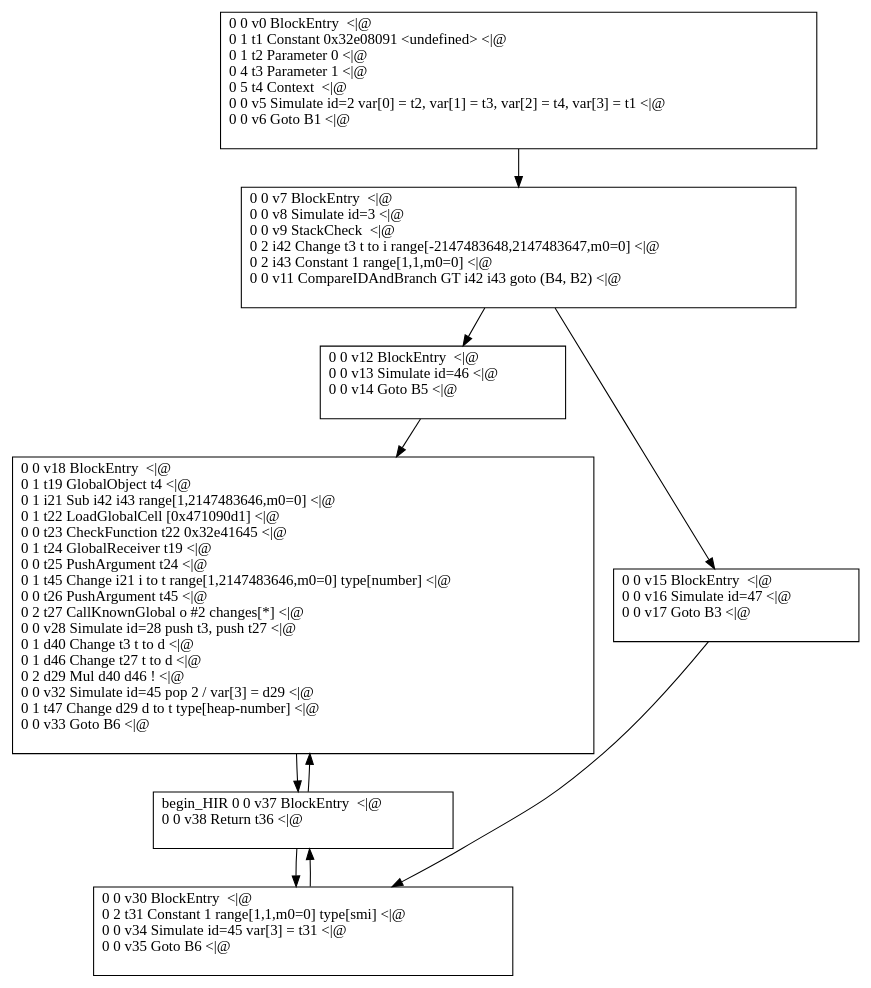
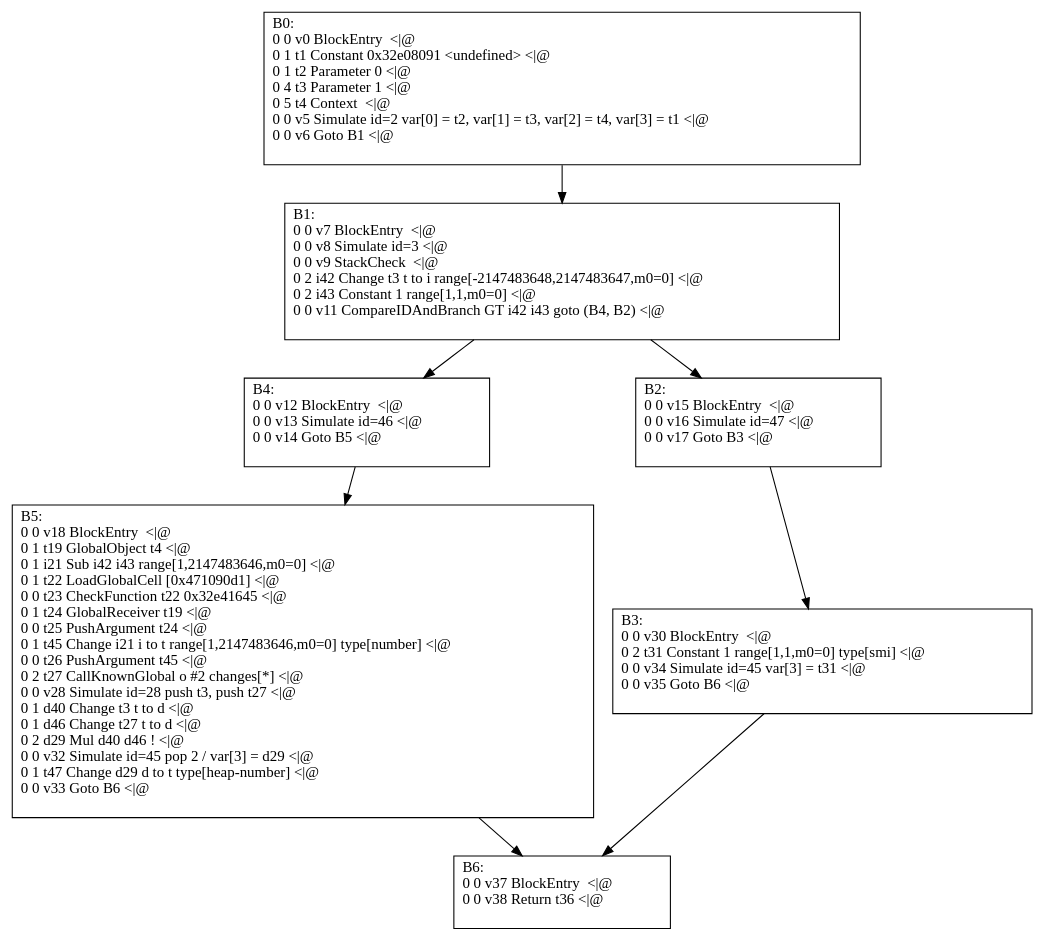
Before and after one commit to nothingcosmos/V8Crankshaft: the first of 2 diagrams in src/blog.rst, drawn with Graphviz. The commit also changed other lines of this file and 4 other files, not shown here.

```diff
--- a/src/blog.rst
+++ b/src/blog.rst
@@ -488,28 +507,25 @@
 .. graphviz::
 
-  digraph factFor {
+  digraph factIf {
 
-  B0 [shape=box, label=" 0 0 v0 BlockEntry  <|@ \l 0 1 t1 Constant 0x32e08091 <undefined> <|@ \l 0 1 t2 Parameter 0 <|@ \l 0 4 t3 Parameter 1 <|@ \l 0 5 t4 Context  <|@ \l 0 0 v5 Simulate id=2 var[0] = t2, var[1] = t3, var[2] = t4, var[3] = t1 <|@ \l 0 0 v6 Goto B1 <|@ \l "];
+  B0 [shape=box, label="B0:\l 0 0 v0 BlockEntry  <|@ \l 0 1 t1 Constant 0x32e08091 <undefined> <|@ \l 0 1 t2 Parameter 0 <|@ \l 0 4 t3 Parameter 1 <|@ \l 0 5 t4 Context  <|@ \l 0 0 v5 Simulate id=2 var[0] = t2, var[1] = t3, var[2] = t4, var[3] = t1 <|@ \l 0 0 v6 Goto B1 <|@ \l "];
   B0 -> B1;
 
-  B1 [shape=box, label=" 0 0 v7 BlockEntry  <|@ \l 0 0 v8 Simulate id=3 <|@ \l 0 0 v9 StackCheck  <|@ \l 0 2 i42 Change t3 t to i range[-2147483648,2147483647,m0=0] <|@ \l 0 2 i43 Constant 1 range[1,1,m0=0] <|@ \l 0 0 v11 CompareIDAndBranch GT i42 i43 goto (B4, B2) <|@ \l "];
+  B1 [shape=box, label="B1:\l 0 0 v7 BlockEntry  <|@ \l 0 0 v8 Simulate id=3 <|@ \l 0 0 v9 StackCheck  <|@ \l 0 2 i42 Change t3 t to i range[-2147483648,2147483647,m0=0] <|@ \l 0 2 i43 Constant 1 range[1,1,m0=0] <|@ \l 0 0 v11 CompareIDAndBranch GT i42 i43 goto (B4, B2) <|@ \l "];
   B1 -> B4;
   B1 -> B2;
 
-  B2 [shape=box, label=" 0 0 v15 BlockEntry  <|@ \l 0 0 v16 Simulate id=47 <|@ \l 0 0 v17 Goto B3 <|@ \l "];
+  B2 [shape=box, label="B2:\l 0 0 v15 BlockEntry  <|@ \l 0 0 v16 Simulate id=47 <|@ \l 0 0 v17 Goto B3 <|@ \l "];
   B2 -> B3;
 
-  B3 [shape=box, label=" 0 0 v30 BlockEntry  <|@ \l 0 2 t31 Constant 1 range[1,1,m0=0] type[smi] <|@ \l 0 0 v34 Simulate id=45 var[3] = t31 <|@ \l 0 0 v35 Goto B6 <|@ \l "];
+  B3 [shape=box, label="B3:\l 0 0 v30 BlockEntry  <|@ \l 0 2 t31 Constant 1 range[1,1,m0=0] type[smi] <|@ \l 0 0 v34 Simulate id=45 var[3] = t31 <|@ \l 0 0 v35 Goto B6 <|@ \l "];
   B3 -> B6;
 
-  B4 [shape=box, label=" 0 0 v12 BlockEntry  <|@ \l 0 0 v13 Simulate id=46 <|@ \l 0 0 v14 Goto B5 <|@ \l "];
+  B4 [shape=box, label="B4:\l 0 0 v12 BlockEntry  <|@ \l 0 0 v13 Simulate id=46 <|@ \l 0 0 v14 Goto B5 <|@ \l "];
   B4 -> B5;
 
-  B5 [shape=box, label=" 0 0 v18 BlockEntry  <|@ \l 0 1 t19 GlobalObject t4 <|@ \l 0 1 i21 Sub i42 i43 range[1,2147483646,m0=0] <|@ \l 0 1 t22 LoadGlobalCell [0x471090d1] <|@ \l 0 0 t23 CheckFunction t22 0x32e41645 <|@ \l 0 1 t24 GlobalReceiver t19 <|@ \l 0 0 t25 PushArgument t24 <|@ \l 0 1 t45 Change i21 i to t range[1,2147483646,m0=0] type[number] <|@ \l 0 0 t26 PushArgument t45 <|@ \l 0 2 t27 CallKnownGlobal o #2 changes[*] <|@ \l 0 0 v28 Simulate id=28 push t3, push t27 <|@ \l 0 1 d40 Change t3 t to d <|@ \l 0 1 d46 Change t27 t to d <|@ \l 0 2 d29 Mul d40 d46 ! <|@ \l 0 0 v32 Simulate id=45 pop 2 / var[3] = d29 <|@ \l 0 1 t47 Change d29 d to t type[heap-number] <|@ \l 0 0 v33 Goto B6 <|@ \l "];
+  B5 [shape=box, label="B5:\l 0 0 v18 BlockEntry  <|@ \l 0 1 t19 GlobalObject t4 <|@ \l 0 1 i21 Sub i42 i43 range[1,2147483646,m0=0] <|@ \l 0 1 t22 LoadGlobalCell [0x471090d1] <|@ \l 0 0 t23 CheckFunction t22 0x32e41645 <|@ \l 0 1 t24 GlobalReceiver t19 <|@ \l 0 0 t25 PushArgument t24 <|@ \l 0 1 t45 Change i21 i to t range[1,2147483646,m0=0] type[number] <|@ \l 0 0 t26 PushArgument t45 <|@ \l 0 2 t27 CallKnownGlobal o #2 changes[*] <|@ \l 0 0 v28 Simulate id=28 push t3, push t27 <|@ \l 0 1 d40 Change t3 t to d <|@ \l 0 1 d46 Change t27 t to d <|@ \l 0 2 d29 Mul d40 d46 ! <|@ \l 0 0 v32 Simulate id=45 pop 2 / var[3] = d29 <|@ \l 0 1 t47 Change d29 d to t type[heap-number] <|@ \l 0 0 v33 Goto B6 <|@ \l "];
   B5 -> B6;
 
-  B6 [shape=box, label=" begin_HIR 0 0 v37 BlockEntry  <|@ \l 0 0 v38 Return t36 <|@ \l "];
-  B6 -> B5;
-  B6 -> B3;
-
+  B6 [shape=box, label="B6:\l 0 0 v37 BlockEntry  <|@ \l 0 0 v38 Return t36 <|@ \l "];
   }
```
